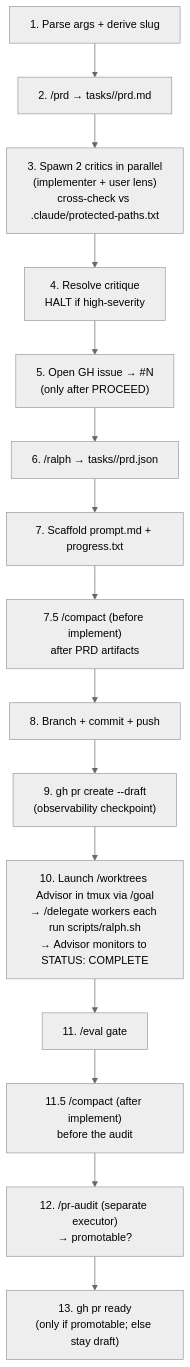
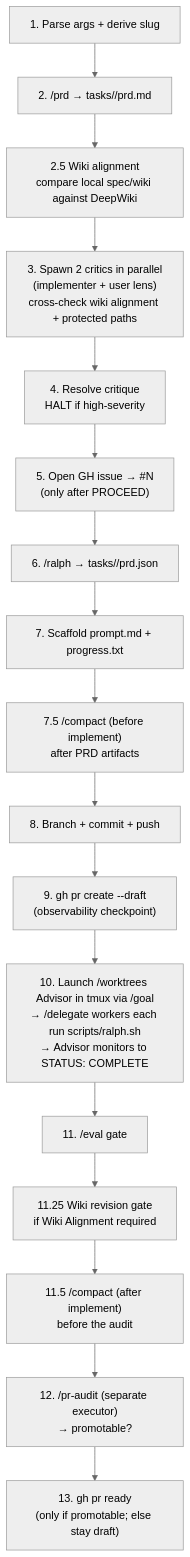
Before and after one commit to mifunedev/openharness: the diagram in .claude/skills/ship-spec/SKILL.md, drawn with Mermaid (neutral theme). The commit also changed other lines of this file and 6 other files, not shown here.

Commit message:
skill: require ship-spec wiki alignment

````diff
--- a/.claude/skills/ship-spec/SKILL.md
+++ b/.claude/skills/ship-spec/SKILL.md
@@ -22,17 +23,19 @@
 ```mermaid
 flowchart TD
     A["1. Parse args + derive slug"] --> B["2. /prd → tasks/<slug>/prd.md"]
-    B --> D["3. Spawn 2 critics in parallel<br/>(implementer + user lens)<br/>cross-check vs .claude/protected-paths.txt"]
+    B --> W["2.5 Wiki alignment<br/>compare local spec/wiki against DeepWiki"]
+    W --> D["3. Spawn 2 critics in parallel<br/>(implementer + user lens)<br/>cross-check wiki alignment + protected paths"]
     D --> E["4. Resolve critique<br/>HALT if high-severity"]
     E --> C["5. Open GH issue → #N<br/>(only after PROCEED)"]
     C --> F["6. /ralph → tasks/<slug>/prd.json"]
     F --> G["7. Scaffold prompt.md + progress.txt"]
     G --> G2["7.5 /compact (before implement)<br/>after PRD artifacts"]
     G2 --> H["8. Branch + commit + push"]
     H --> I["9. gh pr create --draft<br/>(observability checkpoint)"]
     I --> J["10. Launch /worktrees Advisor in tmux via /goal<br/>→ /delegate workers each run scripts/ralph.sh<br/>→ Advisor monitors to STATUS: COMPLETE"]
     J --> K["11. /eval gate"]
-    K --> K2["11.5 /compact (after implement)<br/>before the audit"]
+    K --> W2["11.25 Wiki revision gate<br/>if Wiki Alignment required"]
+    W2 --> K2["11.5 /compact (after implement)<br/>before the audit"]
     K2 --> L["12. /pr-audit (separate executor)<br/>→ promotable?"]
     L --> M["13. gh pr ready<br/>(only if promotable; else stay draft)"]
 ```
````
